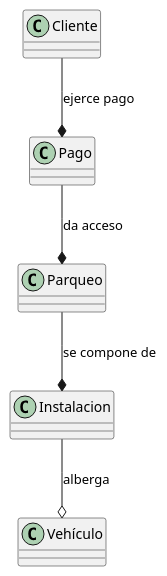
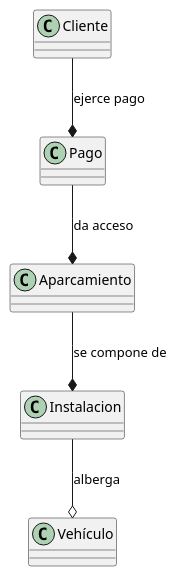
The diagram in parqueo/modeloDeDominio.plantuml (josueMerino/TFG-Docs), drawn with PlantUML before and after one commit. The commit also changed 1 other file, not shown here.

```diff
--- a/parqueo/modeloDeDominio.plantuml
+++ b/parqueo/modeloDeDominio.plantuml
@@ -1,12 +1,12 @@
 @startuml
 
 class Cliente
 class Pago
-class Parqueo
+class Aparcamiento
 
 Cliente --* Pago : ejerce pago
-Pago --* Parqueo : da acceso
-Parqueo --* Instalacion : se compone de
+Pago --* Aparcamiento : da acceso
+Aparcamiento --* Instalacion : se compone de
 Instalacion --o Vehículo : alberga
 
 @enduml
```
